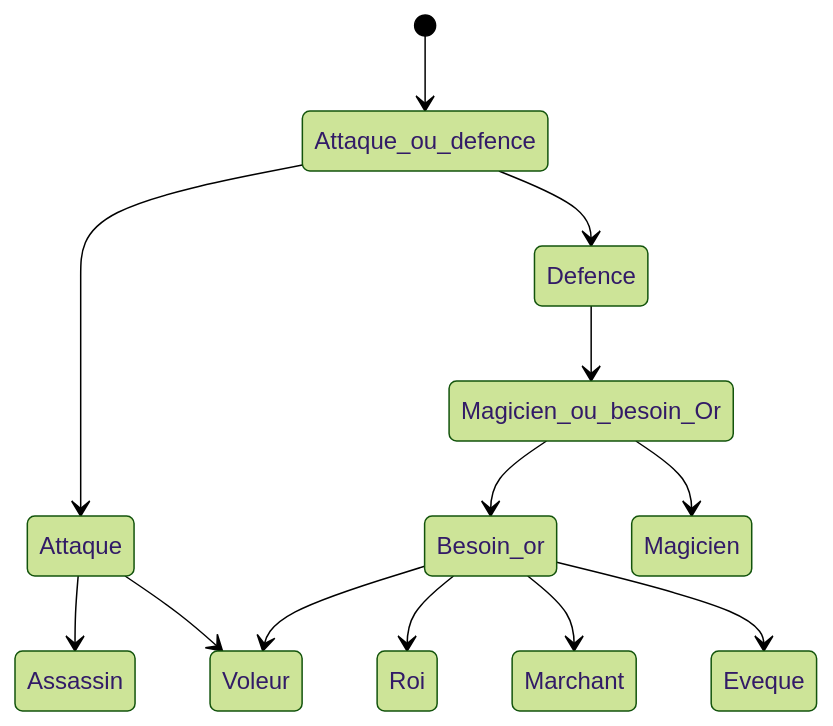
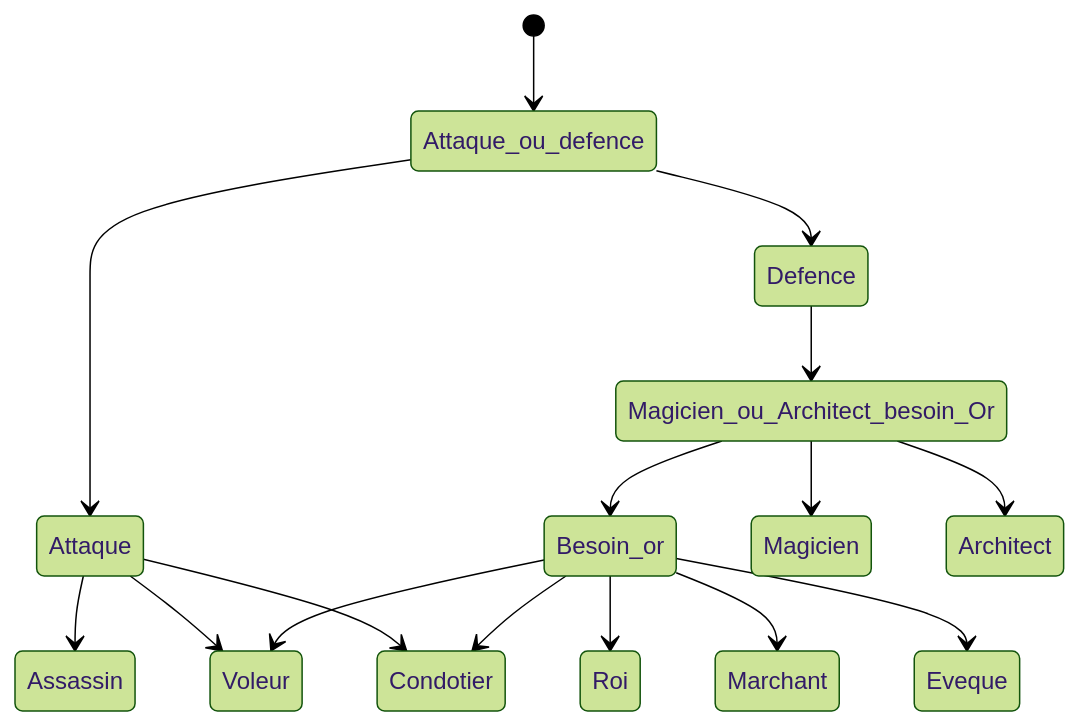
The diagram in diagram/state/state_hero_choise.md (ImeneYAHIAOUI/Citadelles), drawn with Mermaid (forest theme) before and after one commit. The commit also changed 2 other files, not shown here.

Commit message:
[DEV] modif #93

````diff
--- a/diagram/state/state_hero_choise.md
+++ b/diagram/state/state_hero_choise.md
@@ -1,15 +1,18 @@
 ```mermaid
 stateDiagram-v2
     [*] --> Attaque_ou_defence
     Attaque_ou_defence --> Attaque
     Attaque_ou_defence --> Defence
     Attaque --> Assassin
     Attaque --> Voleur
-    Defence --> Magicien_ou_besoin_Or
-    Magicien_ou_besoin_Or --> Besoin_or
-    Magicien_ou_besoin_Or --> Magicien
+    Attaque --> Condotier
+    Defence --> Magicien_ou_Architect_besoin_Or
+    Magicien_ou_Architect_besoin_Or --> Besoin_or
+    Magicien_ou_Architect_besoin_Or --> Magicien
+    Magicien_ou_Architect_besoin_Or --> Architect
     Besoin_or --> Roi
     Besoin_or --> Marchant
     Besoin_or --> Voleur
     Besoin_or --> Eveque
+    Besoin_or --> Condotier
 ```
````
